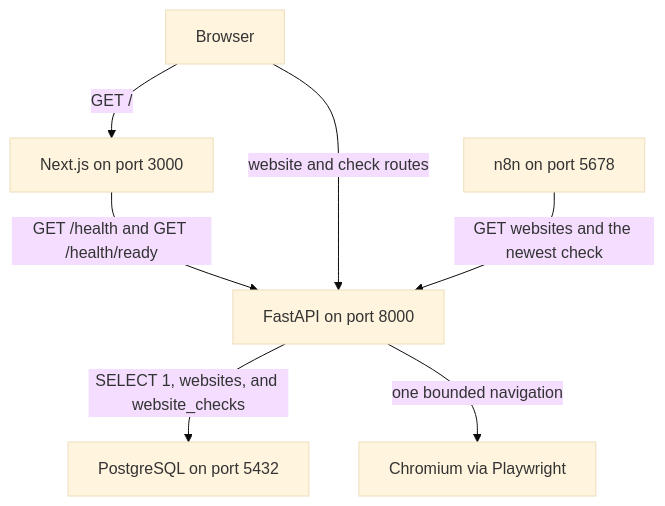
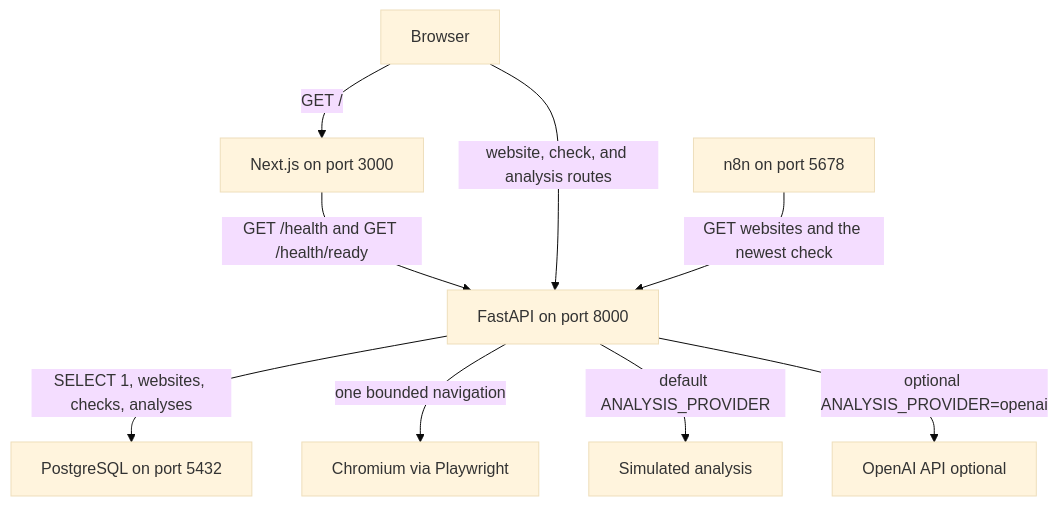
Before and after one commit to onmyownpace/sentinel: the first of 6 diagrams in docs/architecture/overview.md, drawn with Mermaid (base theme). The commit also changed other lines of this file and 175 other files, not shown here.

````diff
--- a/docs/architecture/overview.md
+++ b/docs/architecture/overview.md
@@ -98,16 +124,20 @@
 ```mermaid
 flowchart TB
   browser[Browser]
   web["Next.js on port 3000"]
   api["FastAPI on port 8000"]
   chromium["Chromium via Playwright"]
+  sim[Simulated analysis]
+  openai[OpenAI API optional]
   n8n["n8n on port 5678"]
   db["PostgreSQL on port 5432"]
 
   browser -->|"GET /"| web
   web -->|"GET /health and GET /health/ready"| api
-  browser -->|"website and check routes"| api
+  browser -->|"website, check, and analysis routes"| api
   n8n -->|"GET websites and the newest check"| api
-  api -->|"SELECT 1, websites, and website_checks"| db
+  api -->|"SELECT 1, websites, checks, analyses"| db
   api -->|"one bounded navigation"| chromium
+  api -->|"default ANALYSIS_PROVIDER"| sim
+  api -->|"optional ANALYSIS_PROVIDER=openai"| openai
 ```
````
